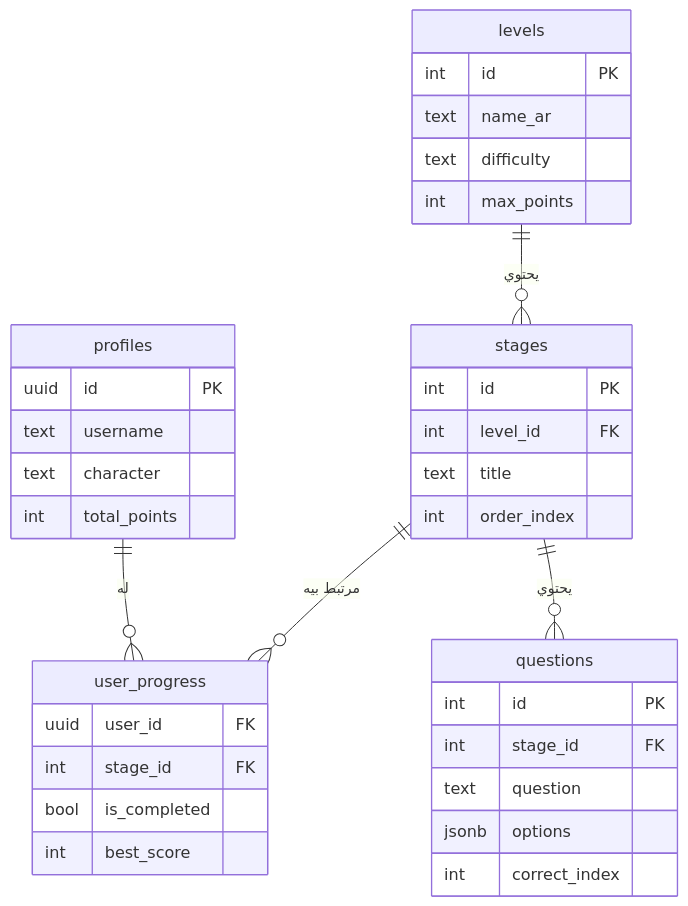
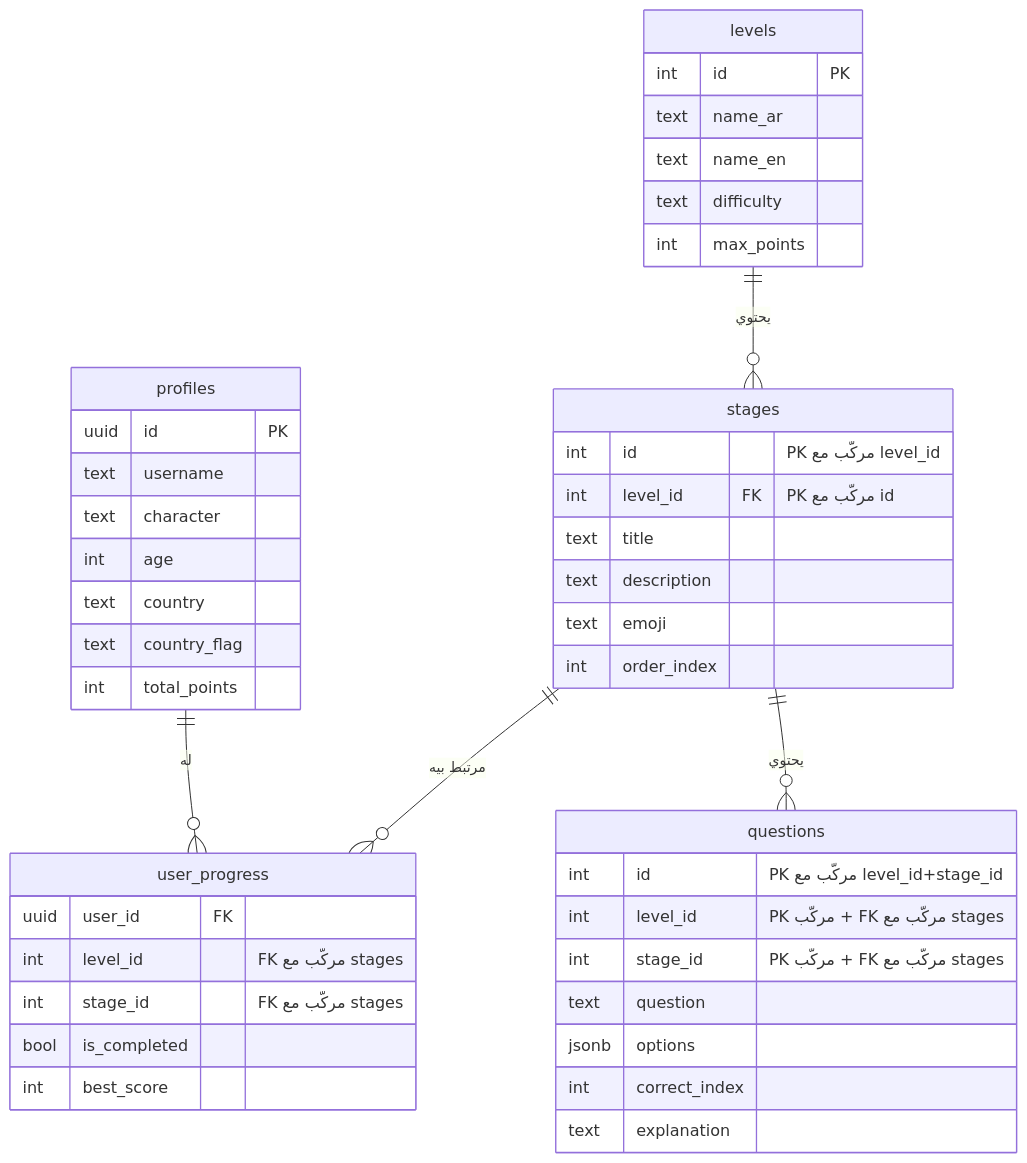
One commit to OmarMahmoudAhmed/Mesori changed the third of 5 diagrams in BACKEND_GUIDE.md. Above: the diagram before and after it, drawn with Mermaid. The commit also changed other lines of this file and 3345 other files, not shown here.

````diff
--- a/BACKEND_GUIDE.md
+++ b/BACKEND_GUIDE.md
@@ -84,39 +95,48 @@
 ```mermaid
 erDiagram
     profiles ||--o{ user_progress : "له"
     levels ||--o{ stages : "يحتوي"
     stages ||--o{ questions : "يحتوي"
     stages ||--o{ user_progress : "مرتبط بيه"
 
     profiles {
         uuid id PK
         text username
         text character
+        int age
+        text country
+        text country_flag
         int total_points
     }
     levels {
         int id PK
         text name_ar
+        text name_en
         text difficulty
         int max_points
     }
     stages {
-        int id PK
-        int level_id FK
+        int id "PK مركّب مع level_id"
+        int level_id FK "PK مركّب مع id"
         text title
+        text description
+        text emoji
         int order_index
     }
     questions {
-        int id PK
-        int stage_id FK
+        int id "PK مركّب مع level_id+stage_id"
+        int level_id "PK مركّب + FK مركّب مع stages"
+        int stage_id "PK مركّب + FK مركّب مع stages"
         text question
         jsonb options
         int correct_index
+        text explanation
     }
     user_progress {
         uuid user_id FK
-        int stage_id FK
+        int level_id "FK مركّب مع stages"
+        int stage_id "FK مركّب مع stages"
         bool is_completed
         int best_score
     }
 ```
````
